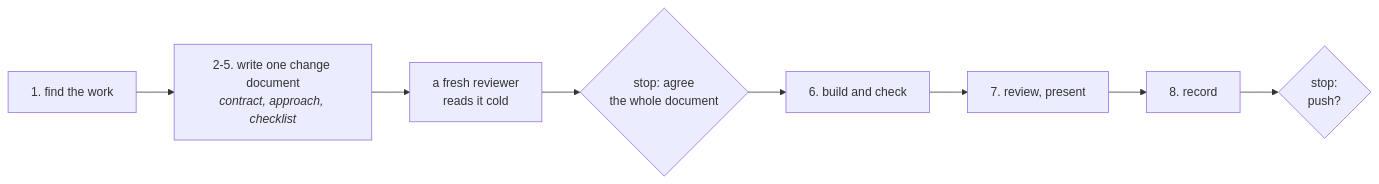
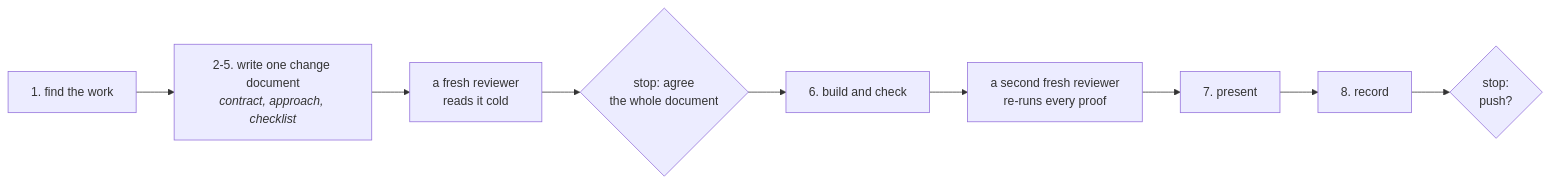
The second of 2 diagrams in README.md (pausf/libretto-automata), drawn with Mermaid before and after one commit. The commit also changed other lines of this file and 4 other files, not shown here.

First line of the commit message:
docs: bring README, FLOW and CONTRIBUTING up to the current flow

````diff
--- a/README.md
+++ b/README.md
@@ -54,10 +54,11 @@
 ```mermaid
 flowchart LR
     f1["1. find the work"] --> f2["2-5. write one change document<br/><i>contract, approach, checklist</i>"]
     f2 --> r1["a fresh reviewer<br/>reads it cold"]
     r1 --> s1{"stop: agree<br/>the whole document"}
     s1 --> f6["6. build and check"]
-    f6 --> f7["7. review, present"]
+    f6 --> rw["a second fresh reviewer<br/>re-runs every proof"]
+    rw --> f7["7. present"]
     f7 --> f8["8. record"]
     f8 --> s2{"stop:<br/>push?"}
 ```
````
